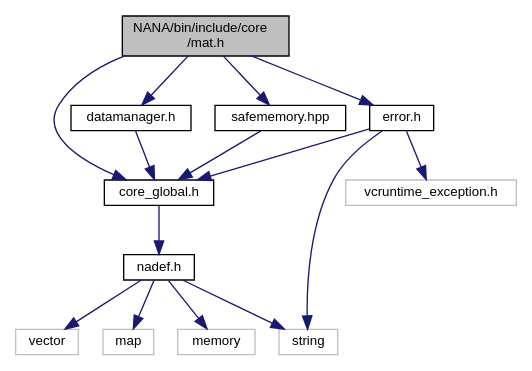
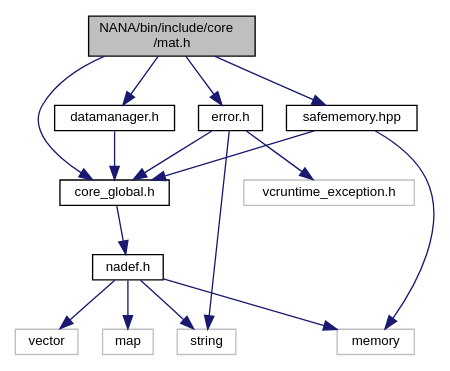
Before and after one commit to YuruTu/NANA: the diagram in docs/bin_2include_2core_2mat_8h__incl.dot, drawn with Graphviz. The commit also changed 206 other files, not shown here.

Commit message:
增加多视图几何模块

```diff
--- a/docs/bin_2include_2core_2mat_8h__incl.dot
+++ b/docs/bin_2include_2core_2mat_8h__incl.dot
@@ -1,31 +1,32 @@
 digraph "NANA/bin/include/core/mat.h"
 {
  // LATEX_PDF_SIZE
   edge [fontname="Helvetica",fontsize="10",labelfontname="Helvetica",labelfontsize="10"];
   node [fontname="Helvetica",fontsize="10",shape=record];
   Node1 [label="NANA/bin/include/core\l/mat.h",height=0.2,width=0.4,color="black", fillcolor="grey75", style="filled", fontcolor="black",tooltip="实现一个用于矩阵运算的模板类(仍在实现当中)"];
   Node1 -> Node2 [color="midnightblue",fontsize="10",style="solid",fontname="Helvetica"];
   Node2 [label="core_global.h",height=0.2,width=0.4,color="black", fillcolor="white", style="filled",URL="$bin_2include_2core_2core__global_8h.html",tooltip="全局头文件"];
   Node2 -> Node3 [color="midnightblue",fontsize="10",style="solid",fontname="Helvetica"];
   Node3 [label="nadef.h",height=0.2,width=0.4,color="black", fillcolor="white", style="filled",URL="$bin_2include_2core_2nadef_8h.html",tooltip="数值分析所依赖的定义"];
   Node3 -> Node4 [color="midnightblue",fontsize="10",style="solid",fontname="Helvetica"];
   Node4 [label="vector",height=0.2,width=0.4,color="grey75", fillcolor="white", style="filled",tooltip=" "];
   Node3 -> Node5 [color="midnightblue",fontsize="10",style="solid",fontname="Helvetica"];
   Node5 [label="string",height=0.2,width=0.4,color="grey75", fillcolor="white", style="filled",tooltip=" "];
   Node3 -> Node6 [color="midnightblue",fontsize="10",style="solid",fontname="Helvetica"];
   Node6 [label="map",height=0.2,width=0.4,color="grey75", fillcolor="white", style="filled",tooltip=" "];
   Node3 -> Node7 [color="midnightblue",fontsize="10",style="solid",fontname="Helvetica"];
   Node7 [label="memory",height=0.2,width=0.4,color="grey75", fillcolor="white", style="filled",tooltip=" "];
   Node1 -> Node8 [color="midnightblue",fontsize="10",style="solid",fontname="Helvetica"];
   Node8 [label="error.h",height=0.2,width=0.4,color="black", fillcolor="white", style="filled",URL="$bin_2include_2core_2error_8h.html",tooltip="用于抛出异常"];
   Node8 -> Node2 [color="midnightblue",fontsize="10",style="solid",fontname="Helvetica"];
   Node8 -> Node9 [color="midnightblue",fontsize="10",style="solid",fontname="Helvetica"];
   Node9 [label="vcruntime_exception.h",height=0.2,width=0.4,color="grey75", fillcolor="white", style="filled",tooltip=" "];
   Node8 -> Node5 [color="midnightblue",fontsize="10",style="solid",fontname="Helvetica"];
   Node1 -> Node10 [color="midnightblue",fontsize="10",style="solid",fontname="Helvetica"];
   Node10 [label="datamanager.h",height=0.2,width=0.4,color="black", fillcolor="white", style="filled",URL="$bin_2include_2core_2datamanager_8h.html",tooltip="实现一个数据管理器"];
   Node10 -> Node2 [color="midnightblue",fontsize="10",style="solid",fontname="Helvetica"];
   Node1 -> Node11 [color="midnightblue",fontsize="10",style="solid",fontname="Helvetica"];
   Node11 [label="safememory.hpp",height=0.2,width=0.4,color="black", fillcolor="white", style="filled",URL="$bin_2include_2core_2safememory_8hpp.html",tooltip="实现安全的内存管理"];
   Node11 -> Node2 [color="midnightblue",fontsize="10",style="solid",fontname="Helvetica"];
+  Node11 -> Node7 [color="midnightblue",fontsize="10",style="solid",fontname="Helvetica"];
 }
```
